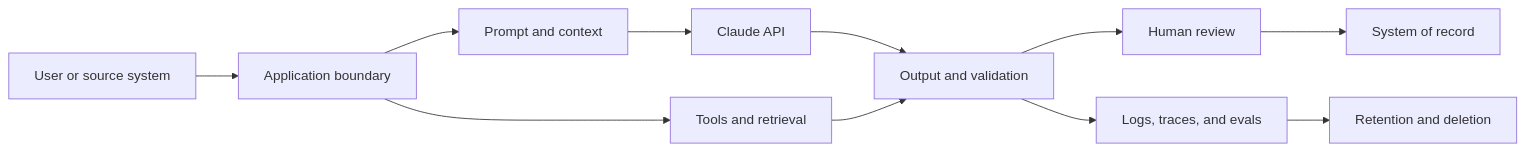
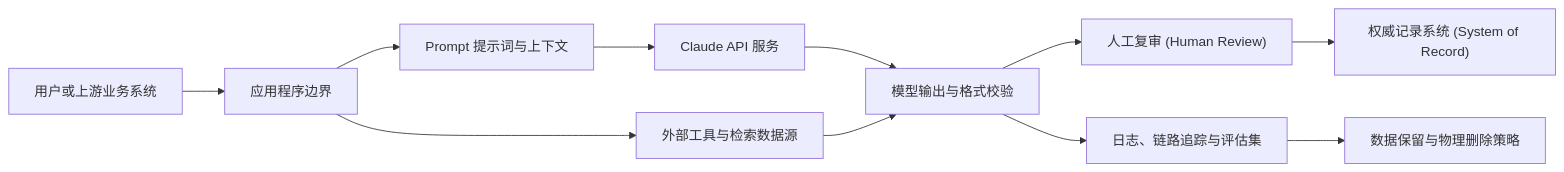
One commit to cluster1900/ai-engineering-from-scratch-zh changed the diagram in certifications/claude/lessons/27-enterprise-governance-compliance-and-hitl/docs/en.md. Above: the diagram before and after it, drawn with Mermaid. The commit also changed other lines of this file and 187 other files, not shown here.

````diff
--- a/certifications/claude/lessons/27-enterprise-governance-compliance-and-hitl/docs/en.md
+++ b/certifications/claude/lessons/27-enterprise-governance-compliance-and-hitl/docs/en.md
@@ -60,13 +49,13 @@
 ```mermaid
 flowchart LR
-    U["User or source system"] --> A["Application boundary"]
-    A --> P["Prompt and context"]
-    P --> M["Claude API"]
-    A --> T["Tools and retrieval"]
-    M --> O["Output and validation"]
+    U["用户或上游业务系统"] --> A["应用程序边界"]
+    A --> P["Prompt 提示词与上下文"]
+    P --> M["Claude API 服务"]
+    A --> T["外部工具与检索数据源"]
+    M --> O["模型输出与格式校验"]
     T --> O
-    O --> H["Human review"]
-    O --> L["Logs, traces, and evals"]
-    H --> R["System of record"]
-    L --> D["Retention and deletion"]
+    O --> H["人工复审 (Human Review)"]
+    O --> L["日志、链路追踪与评估集"]
+    H --> R["权威记录系统 (System of Record)"]
+    L --> D["数据保留与物理删除策略"]
 ```
````
